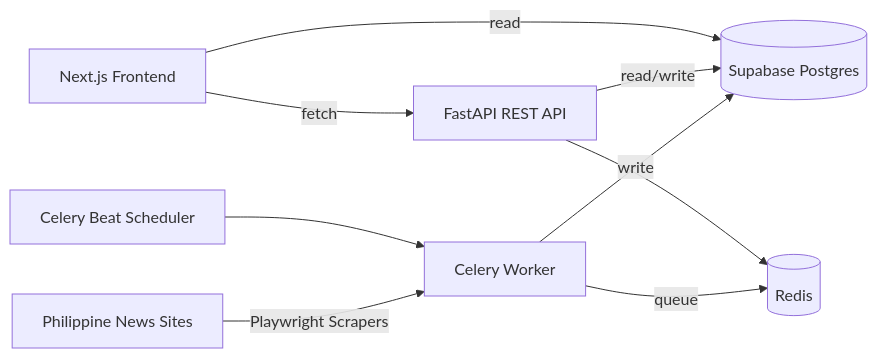
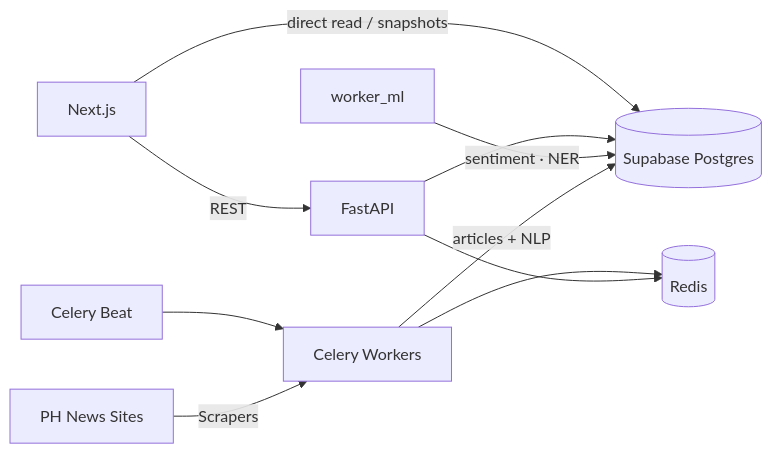
Before and after one commit to KenKenLim07/the-eye: the diagram in README.md, drawn with Mermaid. The commit also changed other lines of this file and 2 other files, not shown here.

````diff
--- a/README.md
+++ b/README.md
@@ -27,13 +53,12 @@
 ```mermaid
 flowchart LR
-  Sources[Philippine News Sites] -->|Playwright Scrapers| Worker[Celery Worker]
-  Beat[Celery Beat Scheduler] --> Worker
-  Worker -->|write| DB[(Supabase Postgres)]
-
-  API[FastAPI REST API] -->|read/write| DB
-  Worker -->|queue| Redis[(Redis)]
-  API --> Redis
-
-  UI[Next.js Frontend] -->|fetch| API
-  UI -->|read| DB
+  Sources[PH News Sites] -->|Scrapers| Worker[Celery Workers]
+  Beat[Celery Beat] --> Worker
+  Worker -->|articles + NLP| DB[(Supabase Postgres)]
+  WorkerML[worker_ml] -->|sentiment · NER| DB
+  API[FastAPI] --> DB
+  API --> Redis[(Redis)]
+  Worker --> Redis
+  UI[Next.js] -->|REST| API
+  UI -->|direct read / snapshots| DB
 ```
````
